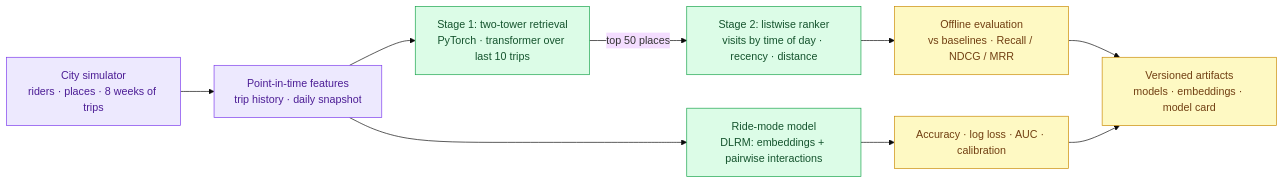
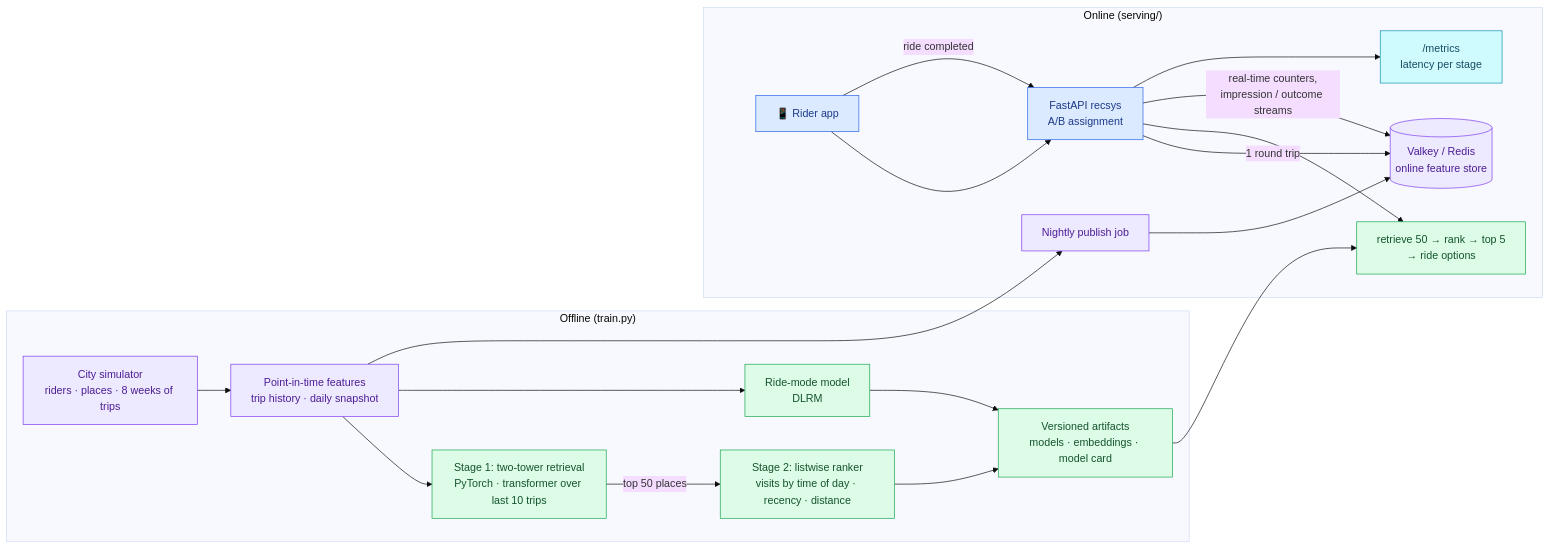
The diagram in README.md (mthatipamula/ride-sharing-ai-recommendations), drawn with Mermaid (base theme) before and after one commit. The commit also changed other lines of this file and 21 other files, not shown here.

Commit message:
Serving: FastAPI recsys, Redis feature store, A/B assignment and readout, latency benchmark

````diff
--- a/README.md
+++ b/README.md
@@ -42,17 +56,32 @@
 ```mermaid
 flowchart LR
-    SIM["City simulator<br/>riders · places · 8 weeks of trips"] --> FE["Point-in-time features<br/>trip history · daily snapshot"]
-    FE --> TT["Stage 1: two-tower retrieval<br/>PyTorch · transformer over last 10 trips"]
-    TT -- "top 50 places" --> RK["Stage 2: listwise ranker<br/>visits by time of day · recency · distance"]
-    FE --> RM["Ride-mode model<br/>DLRM: embeddings + pairwise interactions"]
-    RK --> EV["Offline evaluation<br/>vs baselines · Recall / NDCG / MRR"]
-    RM --> EV2["Accuracy · log loss · AUC · calibration"]
-    EV & EV2 --> REG["Versioned artifacts<br/>models · embeddings · model card"]
+    subgraph OFFLINE["Offline (train.py)"]
+        SIM["City simulator<br/>riders · places · 8 weeks of trips"] --> FE["Point-in-time features<br/>trip history · daily snapshot"]
+        FE --> TT["Stage 1: two-tower retrieval<br/>PyTorch · transformer over last 10 trips"]
+        TT -- "top 50 places" --> RK["Stage 2: listwise ranker<br/>visits by time of day · recency · distance"]
+        FE --> RM["Ride-mode model<br/>DLRM"]
+        RK & RM --> REG["Versioned artifacts<br/>models · embeddings · model card"]
+    end
+
+    subgraph ONLINE["Online (serving/)"]
+        PUB["Nightly publish job"] --> VK[("Valkey / Redis<br/>online feature store")]
+        APP["📱 Rider app"] --> API["FastAPI recsys<br/>A/B assignment"]
+        API -- "1 round trip" --> VK
+        API --> INF["retrieve 50 → rank → top 5<br/>→ ride options"]
+        APP -- "ride completed" --> API
+        API -- "real-time counters,<br/>impression / outcome streams" --> VK
+        API --> PROM["/metrics<br/>latency per stage"]
+    end
+
+    REG --> INF
+    FE --> PUB
 
     classDef data fill:#ede9fe,stroke:#7c3aed,color:#4c1d95
     classDef model fill:#dcfce7,stroke:#16a34a,color:#14532d
-    classDef eval fill:#fef9c3,stroke:#ca8a04,color:#713f12
-    class SIM,FE data
-    class TT,RK,RM model
-    class EV,EV2,REG eval
+    classDef serve fill:#dbeafe,stroke:#2563eb,color:#1e3a8a
+    classDef obs fill:#cffafe,stroke:#0891b2,color:#164e63
+    class SIM,FE,VK,PUB data
+    class TT,RK,RM,REG,INF model
+    class APP,API serve
+    class PROM obs
 ```
````
